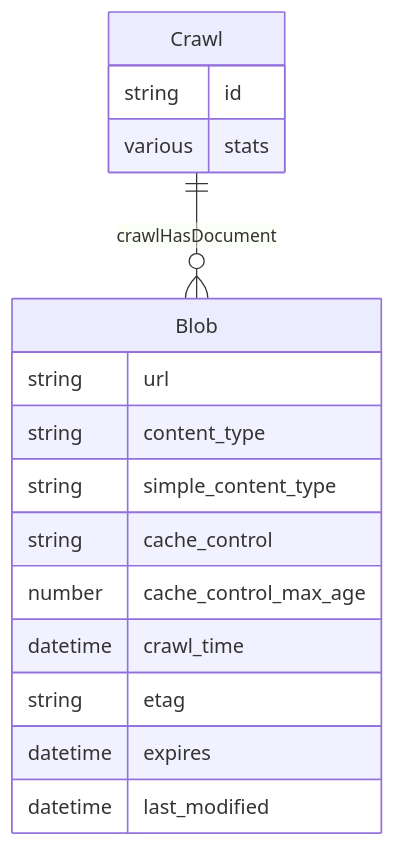
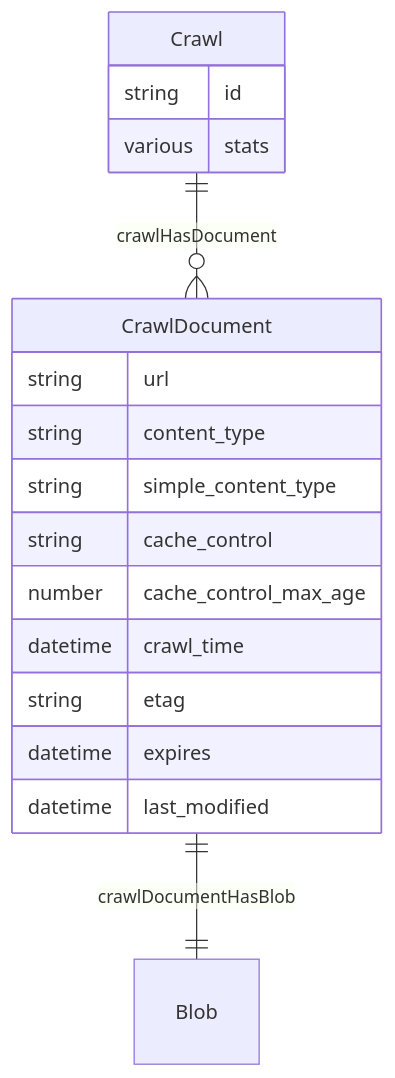
Before and after one commit to aperture-data/workflows: the first of 2 diagrams in apps/crawl-website/README.md, drawn with Mermaid. The commit also changed other lines of this file and 13 other files, not shown here.

````diff
--- a/apps/crawl-website/README.md
+++ b/apps/crawl-website/README.md
@@ -11,19 +11,21 @@
 ```mermaid
 erDiagram 
-    Blob {
+    Blob {}
+    CrawlDocument {
         string url
         string content_type
         string simple_content_type
         string cache_control
         number cache_control_max_age
         datetime crawl_time
         string etag
         datetime expires
         datetime last_modified
     }
     Crawl {
         string id
         various stats
     }
-    Crawl ||--o{ Blob : crawlHasDocument
+    Crawl ||--o{ CrawlDocument : crawlHasDocument
+    CrawlDocument ||--|| Blob : crawlDocumentHasBlob
 ```
````
